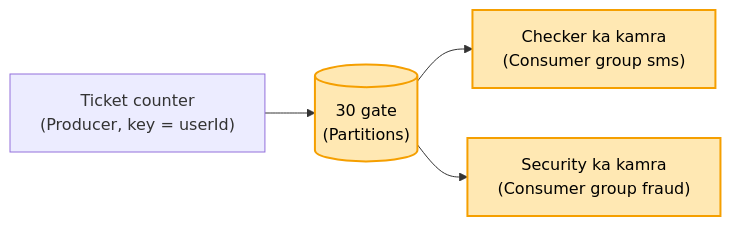
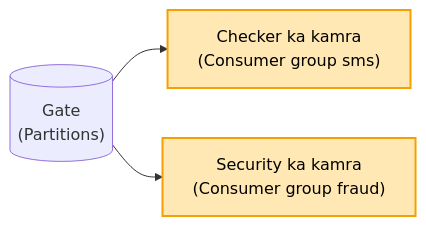
The fourth of 10 diagrams in 04_HLD/SYSTEM_DESIGNS/12_message_queue_kafka/12_message_queue_kafka.md (ArpanMaheshwari144/Prep), drawn with Mermaid before and after one commit. The commit also changed other lines of this file and 17 other files, not shown here.

Commit message:
HLD: 17 main files hand notes se milaye (har block alag section, kahani + asli naam, mermaid), technical naam bhi rakhe

````diff
--- a/04_HLD/SYSTEM_DESIGNS/12_message_queue_kafka/12_message_queue_kafka.md
+++ b/04_HLD/SYSTEM_DESIGNS/12_message_queue_kafka/12_message_queue_kafka.md
@@ -79,9 +99,7 @@
 ```mermaid
 flowchart LR
-    O["Ticket counter<br/>(Producer, key = userId)"] --> G[("30 gate<br/>(Partitions)")]
-    G --> C["Checker ka kamra<br/>(Consumer group sms)"]
+    G[("Gate<br/>(Partitions)")] --> C["Checker ka kamra<br/>(Consumer group sms)"]
     G --> T["Security ka kamra<br/>(Consumer group fraud)"]
-    style G fill:#ffe8b3,stroke:#f59f00,stroke-width:2px,color:#000
     style C fill:#ffe8b3,stroke:#f59f00,stroke-width:2px,color:#000
     style T fill:#ffe8b3,stroke:#f59f00,stroke-width:2px,color:#000
 ```
````
